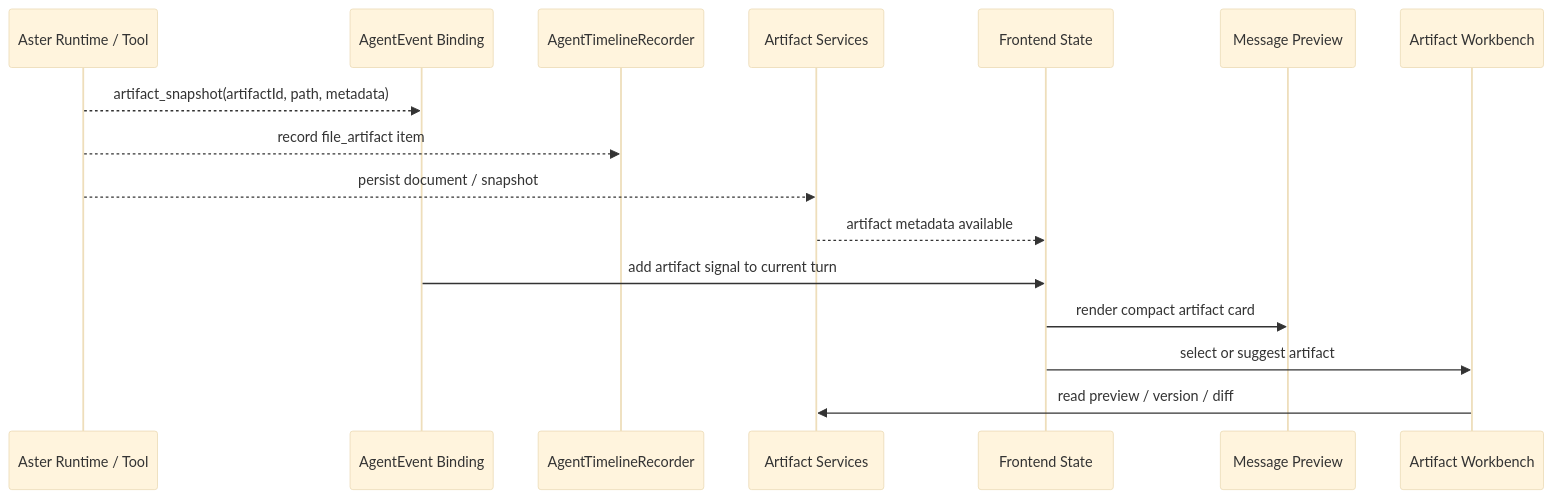
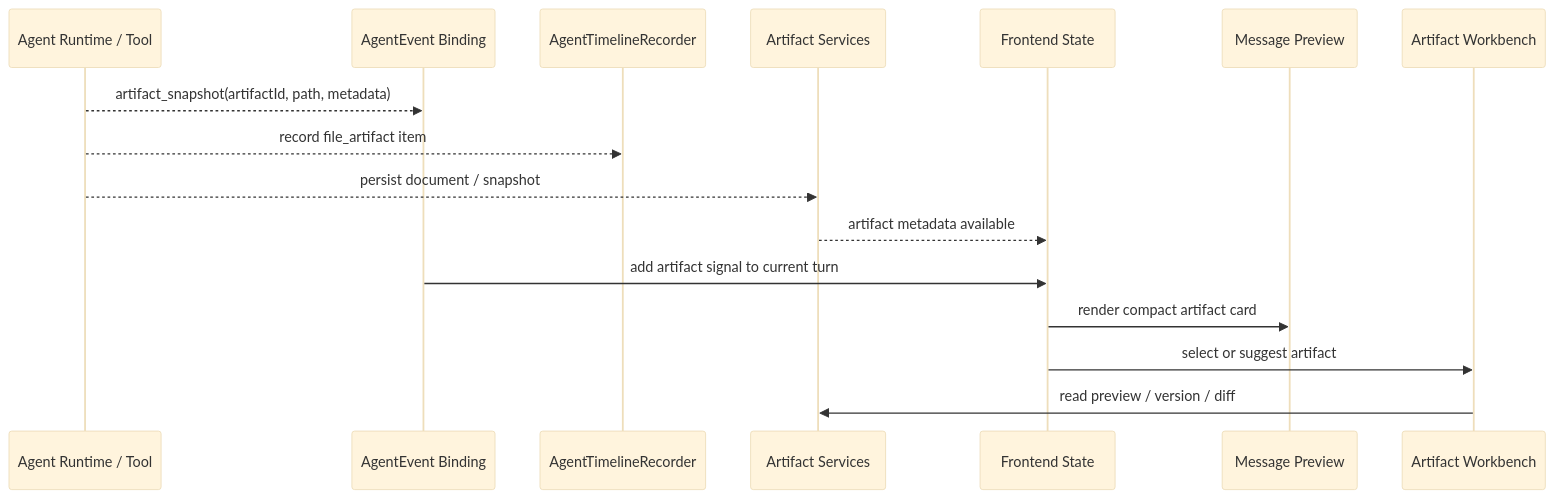
One commit to jiujuan/lime changed the sixth of 8 diagrams in internal/roadmap/agentui/lime-agentui-sequence-diagrams.md. Above: the diagram before and after it, drawn with Mermaid (base theme). The commit also changed other lines of this file and 975 other files, not shown here.

````diff
--- a/internal/roadmap/agentui/lime-agentui-sequence-diagrams.md
+++ b/internal/roadmap/agentui/lime-agentui-sequence-diagrams.md
@@ -197,19 +197,19 @@
 ```mermaid
 sequenceDiagram
-  participant RT as Aster Runtime / Tool
+  participant RT as Agent Runtime / Tool
   participant Bind as AgentEvent Binding
   participant Timeline as AgentTimelineRecorder
   participant ArtifactSvc as Artifact Services
   participant State as Frontend State
   participant Msg as Message Preview
   participant Workbench as Artifact Workbench
 
   RT-->>Bind: artifact_snapshot(artifactId, path, metadata)
   RT-->>Timeline: record file_artifact item
   RT-->>ArtifactSvc: persist document / snapshot
   ArtifactSvc-->>State: artifact metadata available
   Bind->>State: add artifact signal to current turn
   State->>Msg: render compact artifact card
   State->>Workbench: select or suggest artifact
   Workbench->>ArtifactSvc: read preview / version / diff
 ```
````
